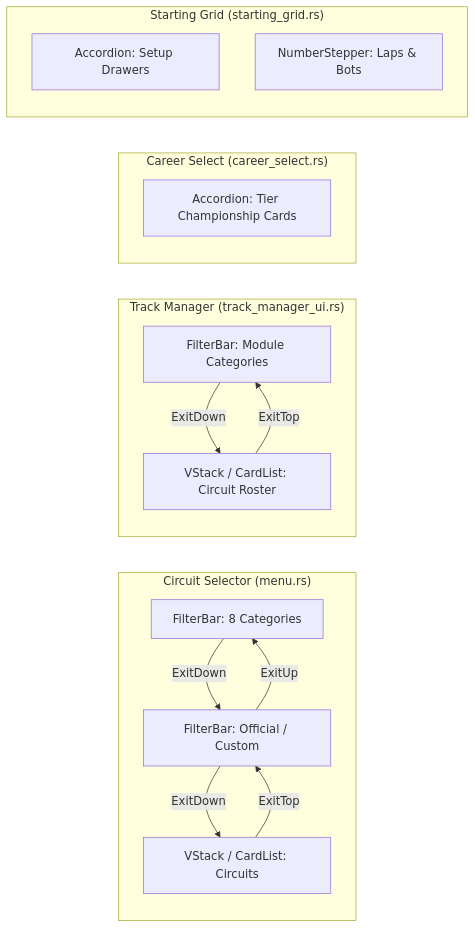
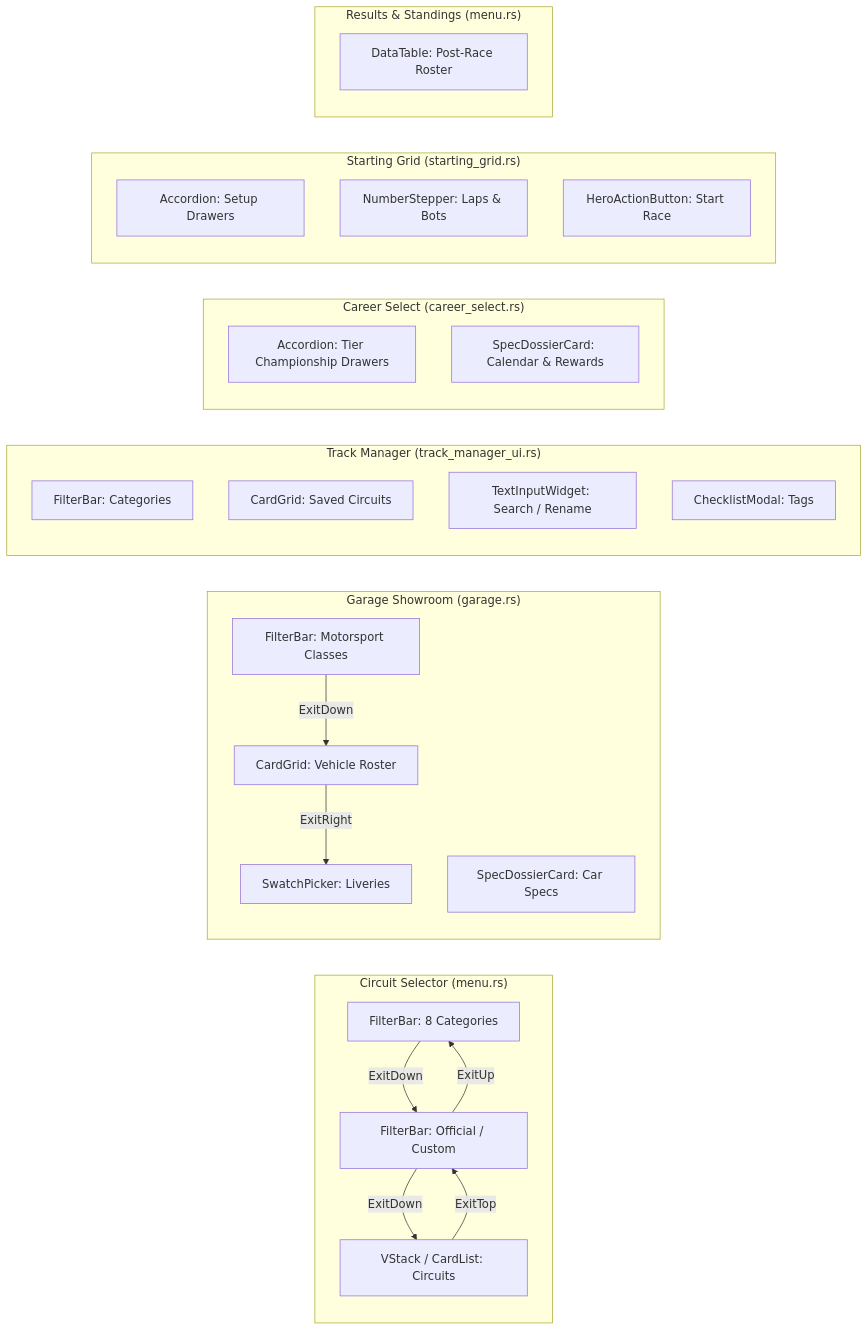
The second of 2 diagrams in specs/068_unified_ui_and_ux_consistency_across_tdrace_and_shared_platform_crate.md (magomar/tdrace), drawn with Mermaid before and after one commit. The commit also changed other lines of this file and 4 other files, not shown here.

````diff
--- a/specs/068_unified_ui_and_ux_consistency_across_tdrace_and_shared_platform_crate.md
+++ b/specs/068_unified_ui_and_ux_consistency_across_tdrace_and_shared_platform_crate.md
@@ -76,28 +106,43 @@
 ```mermaid
 flowchart LR
     subgraph CircuitSelector ["Circuit Selector (menu.rs)"]
         CSF[FilterBar: 8 Categories]
         CST[FilterBar: Official / Custom]
         CSL[VStack / CardList: Circuits]
         CSF -->|ExitDown| CST
         CST -->|ExitDown| CSL
         CSL -->|ExitTop| CST
         CST -->|ExitUp| CSF
     end
 
+    subgraph Showroom ["Garage Showroom (garage.rs)"]
+        GCF[FilterBar: Motorsport Classes]
+        GCG[CardGrid: Vehicle Roster]
+        GCS[SwatchPicker: Liveries]
+        GCD[SpecDossierCard: Car Specs]
+        GCF -->|ExitDown| GCG
+        GCG -->|ExitRight| GCS
+    end
+
     subgraph TrackManager ["Track Manager (track_manager_ui.rs)"]
-        TMF[FilterBar: Module Categories]
-        TML[VStack / CardList: Circuit Roster]
-        TMF -->|ExitDown| TML
-        TML -->|ExitTop| TMF
+        TMF[FilterBar: Categories]
+        TMG[CardGrid: Saved Circuits]
+        TMI[TextInputWidget: Search / Rename]
+        TMC[ChecklistModal: Tags]
     end
 
     subgraph CareerSelect ["Career Select (career_select.rs)"]
-        CAC[Accordion: Tier Championship Cards]
+        CAC[Accordion: Tier Championship Drawers]
+        CAD[SpecDossierCard: Calendar & Rewards]
     end
 
     subgraph StartingGrid ["Starting Grid (starting_grid.rs)"]
         SGS[Accordion: Setup Drawers]
         SGP[NumberStepper: Laps & Bots]
+        SGH[HeroActionButton: Start Race]
+    end
+
+    subgraph ResultsScreen ["Results & Standings (menu.rs)"]
+        RST[DataTable: Post-Race Roster]
     end
 ```
````
